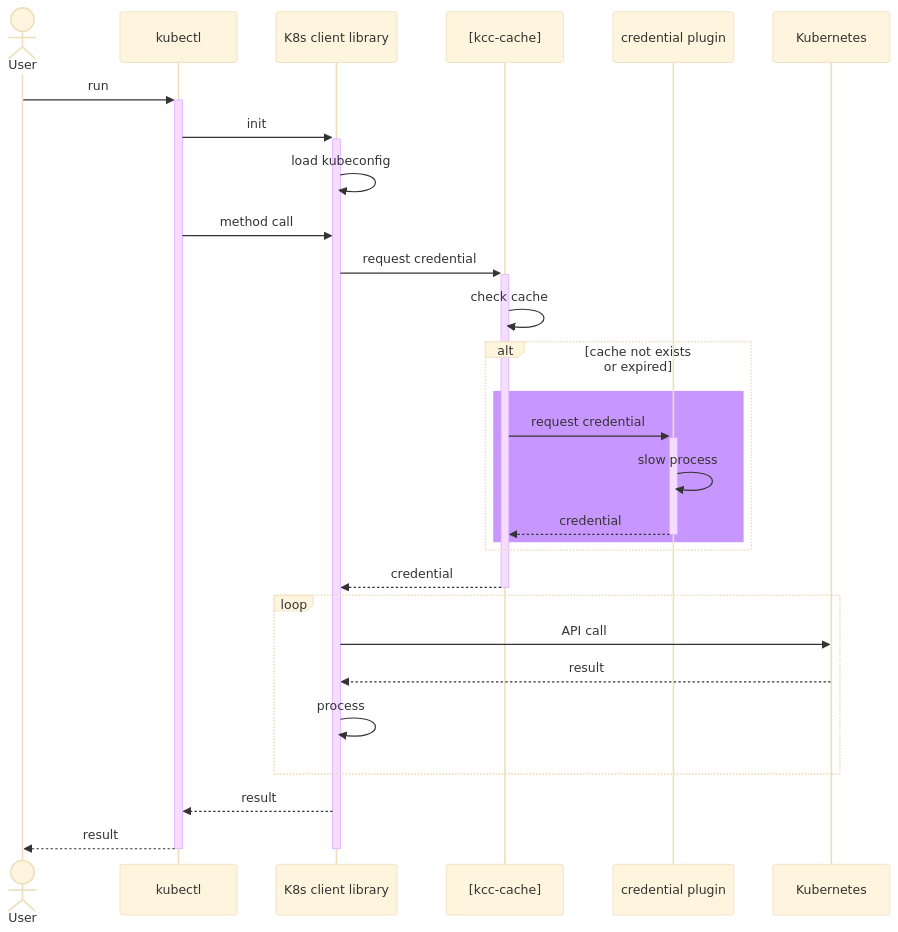
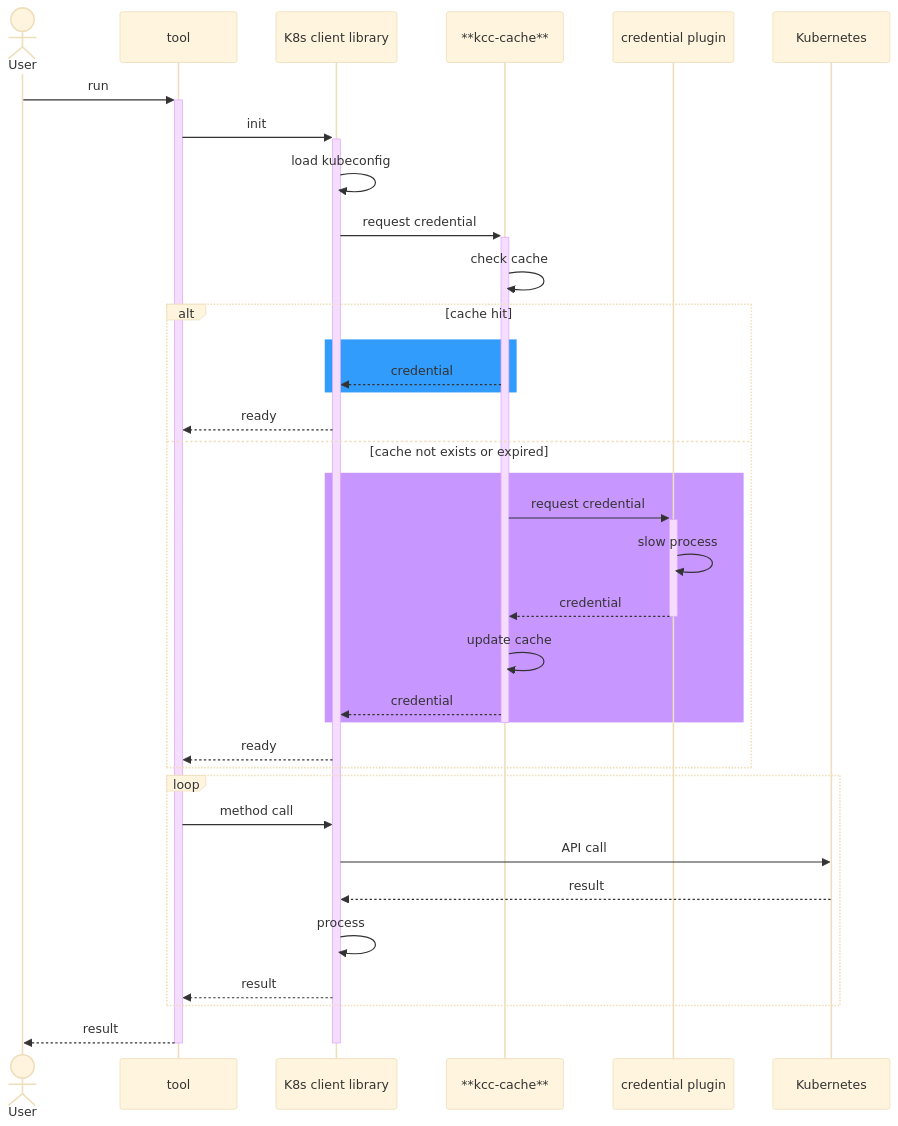
Before and after one commit to ryodocx/kube-credential-cache: the second of 2 diagrams in docs/README.md, drawn with Mermaid (base theme). The commit also changed other lines of this file, not shown here.

````diff
--- a/docs/README.md
+++ b/docs/README.md
@@ -39,34 +40,42 @@
 ```mermaid
 sequenceDiagram
     actor user as User
-    participant tool as kubectl
+    participant tool
     participant client as K8s client library
-    participant cache as [kcc-cache]
+    participant cache as **kcc-cache**
     participant plugin as credential plugin
     participant k8s as Kubernetes
 
     user ->>+  tool: run
     tool ->>+  client: init
     client ->> client: load kubeconfig
-    tool ->> client: method call
     client ->>+ cache: request credential
     cache ->> cache: check cache
-    alt cache not exists or expired
+    alt cache hit
+      rect rgb(50, 156, 252)
+        cache -->> client: credential
+      end
+      client -->> tool: ready
+    else cache not exists or expired
       rect rgb(200, 150, 255)
         cache ->>+ plugin: request credential
         plugin ->> plugin: slow process
         plugin -->>- cache: credential
+        cache ->> cache: update cache
+        cache -->> client: credential
       end
+      deactivate cache
+      client -->> tool: ready
     end
-    cache -->>- client: credential
     loop
+      tool ->> client: method call
       client ->> k8s: API call
       k8s -->> client: result
       client ->> client: process
+      client -->> tool: result
     end
-    client -->> tool: result
     tool -->> user: result
 
     deactivate client
     deactivate tool
 ```
````
